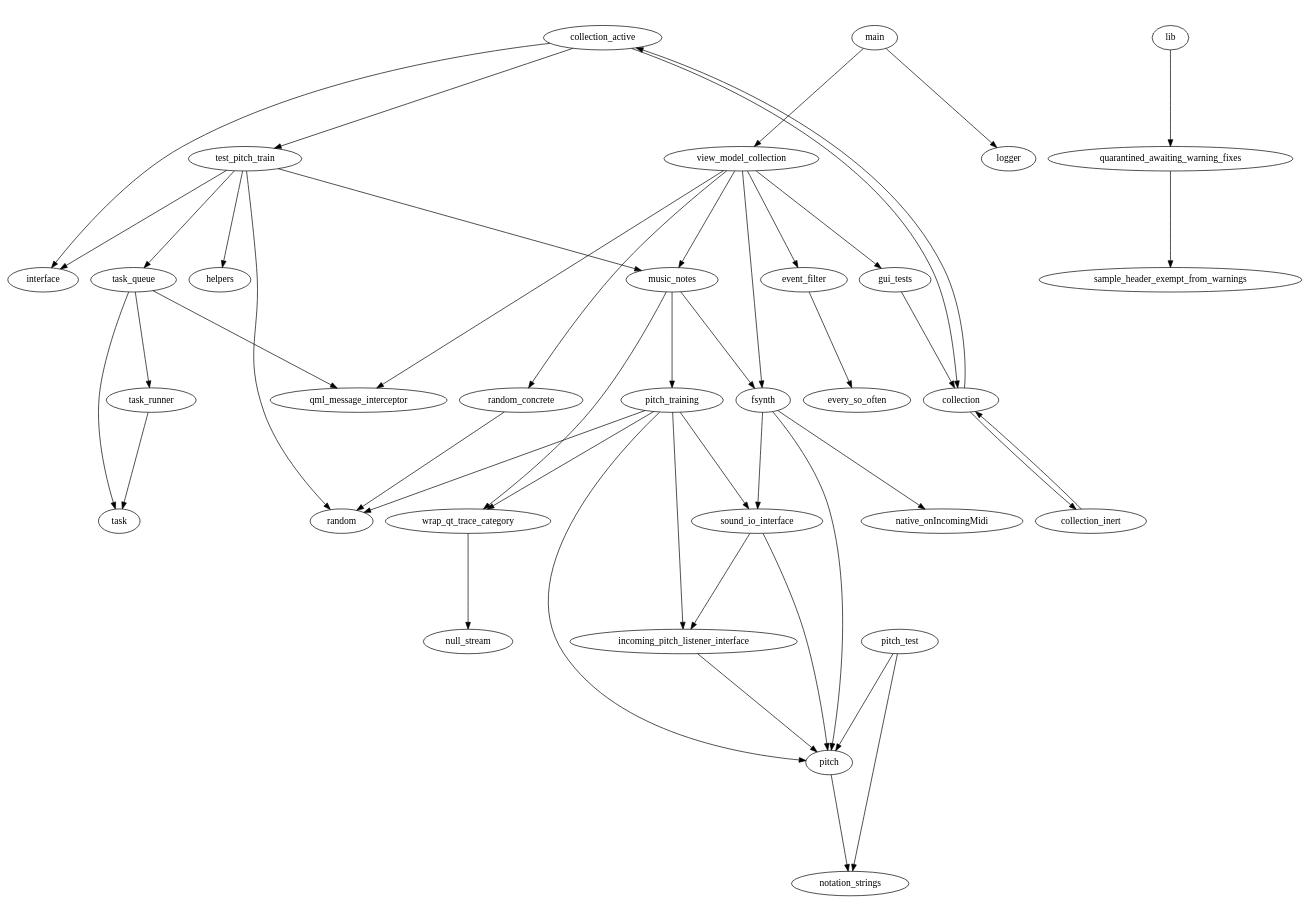
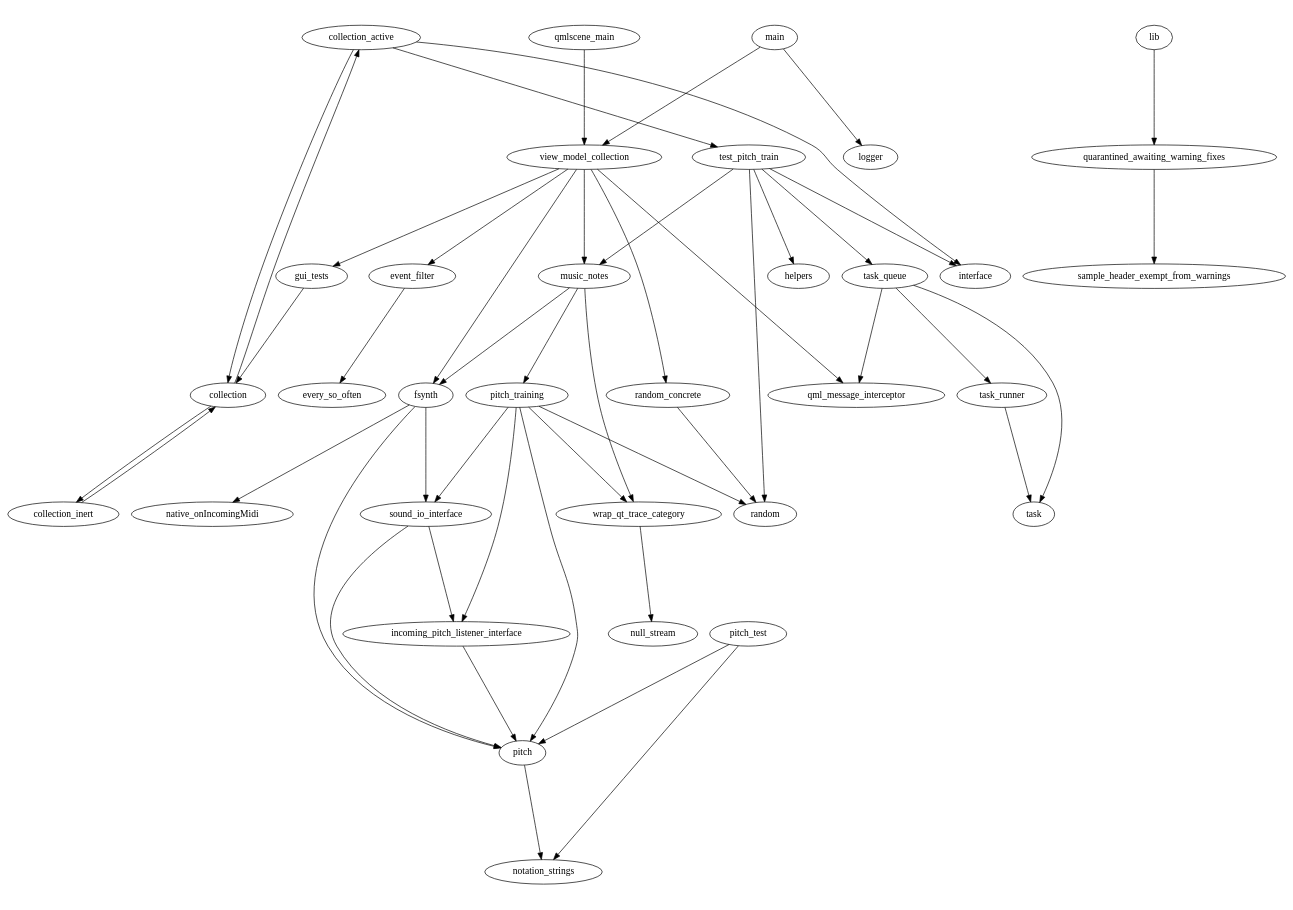
Before and after one commit to pestophagous/heory: the diagram in sw_arch_doc/all_src.dot, drawn with Graphviz. The commit also changed 20 other files, not shown here.

```diff
--- a/sw_arch_doc/all_src.dot
+++ b/sw_arch_doc/all_src.dot
@@ -1,53 +1,54 @@
 digraph "source tree" {
     overlap=scale;
     ratio=0.7;
     fontsize="16";
     fontname="Helvetica";
     clusterrank="local";
 	"collection_active" -> "collection"
 	"collection_active" -> "interface"
 	"collection_active" -> "test_pitch_train"
 	"collection" -> "collection_active"
 	"collection" -> "collection_inert"
 	"collection_inert" -> "collection"
 	"event_filter" -> "every_so_often"
 	"fsynth" -> "native_onIncomingMidi"
 	"fsynth" -> "pitch"
 	"fsynth" -> "sound_io_interface"
 	"gui_tests" -> "collection"
 	"incoming_pitch_listener_interface" -> "pitch"
 	"lib" -> "quarantined_awaiting_warning_fixes"
 	"main" -> "logger"
 	"main" -> "view_model_collection"
 	"music_notes" -> "fsynth"
 	"music_notes" -> "pitch_training"
 	"music_notes" -> "wrap_qt_trace_category"
 	"pitch" -> "notation_strings"
 	"pitch_test" -> "notation_strings"
 	"pitch_test" -> "pitch"
 	"pitch_training" -> "incoming_pitch_listener_interface"
 	"pitch_training" -> "pitch"
 	"pitch_training" -> "random"
 	"pitch_training" -> "sound_io_interface"
 	"pitch_training" -> "wrap_qt_trace_category"
+	"qmlscene_main" -> "view_model_collection"
 	"quarantined_awaiting_warning_fixes" -> "sample_header_exempt_from_warnings"
 	"random_concrete" -> "random"
 	"sound_io_interface" -> "incoming_pitch_listener_interface"
 	"sound_io_interface" -> "pitch"
 	"task_queue" -> "qml_message_interceptor"
 	"task_queue" -> "task"
 	"task_queue" -> "task_runner"
 	"task_runner" -> "task"
 	"test_pitch_train" -> "helpers"
 	"test_pitch_train" -> "interface"
 	"test_pitch_train" -> "music_notes"
 	"test_pitch_train" -> "random"
 	"test_pitch_train" -> "task_queue"
 	"view_model_collection" -> "event_filter"
 	"view_model_collection" -> "fsynth"
 	"view_model_collection" -> "gui_tests"
 	"view_model_collection" -> "music_notes"
 	"view_model_collection" -> "qml_message_interceptor"
 	"view_model_collection" -> "random_concrete"
 	"wrap_qt_trace_category" -> "null_stream"
 }
```
